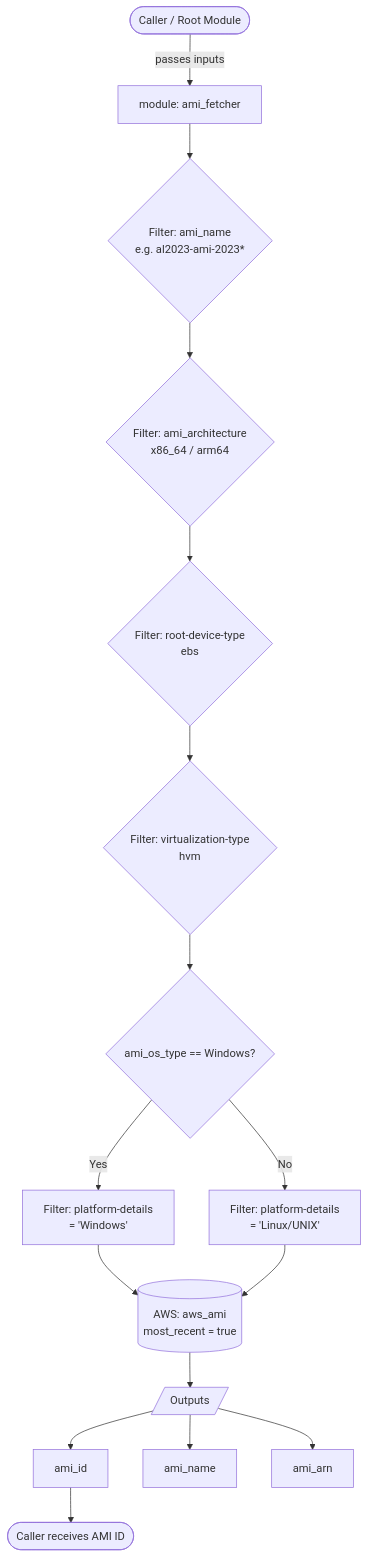
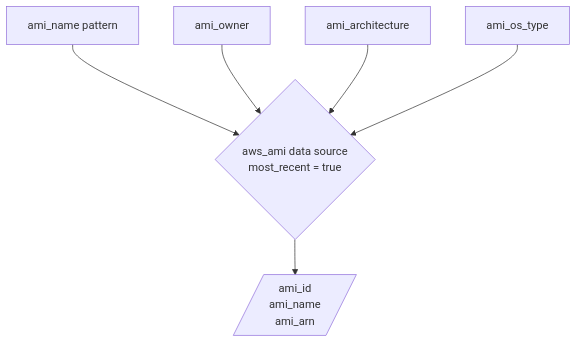
The third of 5 diagrams in README.md (BakeFoundry/bk-bake-ami-module), drawn with Mermaid before and after one commit. The commit also changed other lines of this file, not shown here.

Commit message:
docs: update README with architecture diagrams and ami_builder documentation

````diff
--- a/README.md
+++ b/README.md
@@ -24,23 +118,11 @@
 ```mermaid
 flowchart TD
-    A([Caller / Root Module]) -->|passes inputs| B[module: ami_fetcher]
+    A[ami_name pattern] --> F
+    B[ami_owner] --> F
+    C[ami_architecture] --> F
+    D[ami_os_type] --> F
 
-    B --> C{Filter: ami_name\ne.g. al2023-ami-2023*}
-    C --> D{Filter: ami_architecture\nx86_64 / arm64}
-    D --> E{Filter: root-device-type\nebs}
-    E --> F{Filter: virtualization-type\nhvm}
-    F --> G{ami_os_type == Windows?}
+    F{aws_ami data source\nmost_recent = true}
 
-    G -->|Yes| H["Filter: platform-details\n= 'Windows'"]
-    G -->|No| I["Filter: platform-details\n= 'Linux/UNIX'"]
-
-    H --> J[(AWS: aws_ami\nmost_recent = true)]
-    I --> J
-
-    J --> K[/Outputs/]
-    K --> L[ami_id]
-    K --> M[ami_name]
-    K --> N[ami_arn]
-
-    L --> O([Caller receives AMI ID])
+    F --> G[/"ami_id\nami_name\nami_arn"/]
 ```
````
